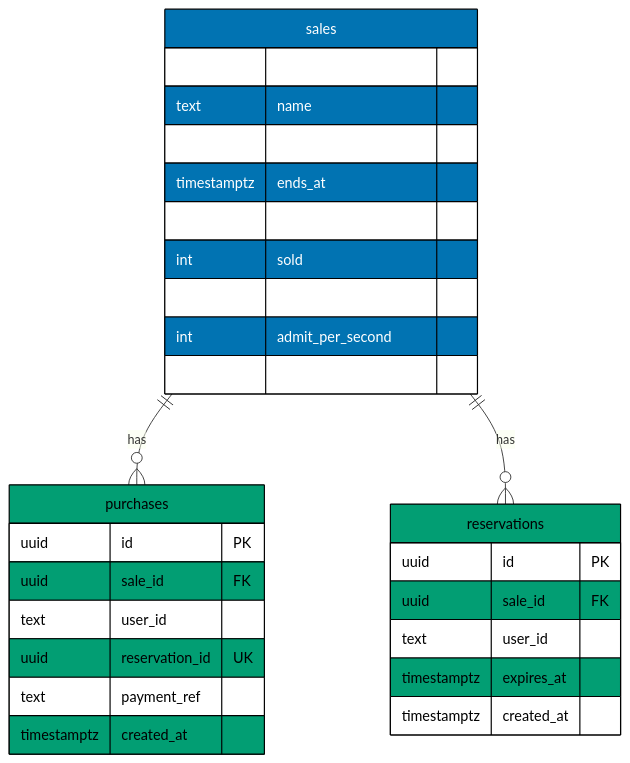
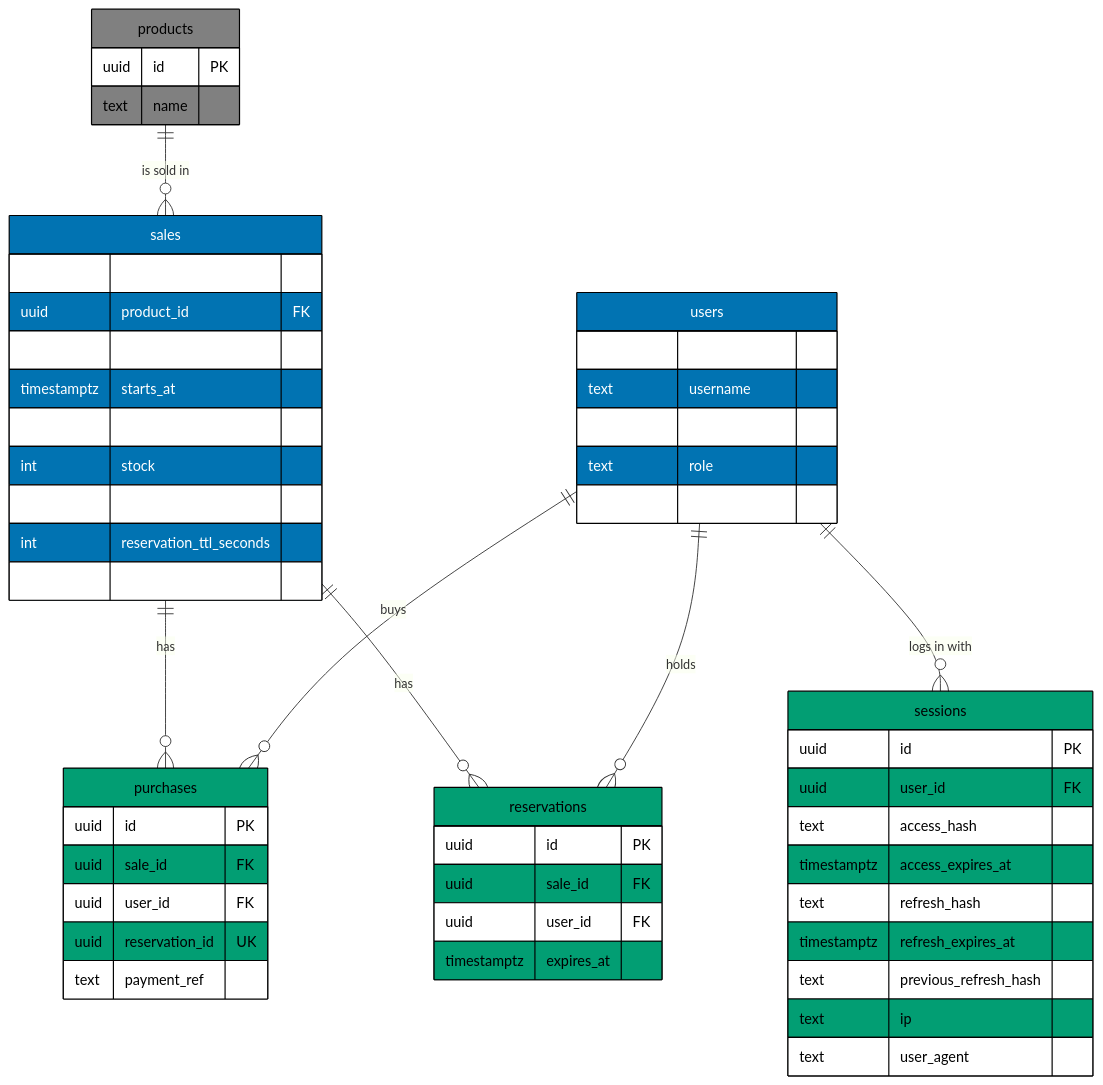
The diagram in specs/apps/flash/c4/data-model.md (wahidyankf/coding-itv-js-flashsale), drawn with Mermaid before and after one commit. The commit also changed other lines of this file and 20 other files, not shown here.

````diff
--- a/specs/apps/flash/c4/data-model.md
+++ b/specs/apps/flash/c4/data-model.md
@@ -7,38 +9,62 @@
 ```mermaid
 erDiagram
   accTitle: Flash sale tables
-  accDescr: A sale has many purchases and many reservations. A purchase is one confirmed item bought by one shopper. A reservation is one hold with an expiry. Both point to their sale and are deleted with it. Within one sale, a shopper has at most one purchase and at most one reservation.
+  accDescr: A product has many sales. A sale has many purchases and many reservations. A purchase is one confirmed item bought by one user. A reservation is one hold with an expiry, held by one user. A user has many sessions, one for each login. Every table also points to users from its created_by, updated_by and deleted_by columns, which the diagram leaves out. Within one sale, a user has at most one live purchase and at most one live reservation.
+  products ||--o{ sales : "is sold in"
   sales ||--o{ purchases : "has"
   sales ||--o{ reservations : "has"
+  users ||--o{ purchases : "buys"
+  users ||--o{ reservations : "holds"
+  users ||--o{ sessions : "logs in with"
+  products {
+    uuid id PK
+    text name
+  }
   sales {
     uuid id PK
+    uuid product_id FK
     text name
     timestamptz starts_at
     timestamptz ends_at
     int stock
     int sold
     int reservation_ttl_seconds
     int admit_per_second
-    timestamptz created_at
   }
   purchases {
     uuid id PK
     uuid sale_id FK
-    text user_id
+    uuid user_id FK
     uuid reservation_id UK
     text payment_ref
-    timestamptz created_at
   }
   reservations {
     uuid id PK
     uuid sale_id FK
-    text user_id
+    uuid user_id FK
     timestamptz expires_at
-    timestamptz created_at
+  }
+  users {
+    uuid id PK
+    text username
+    text password_hash
+    text role
+    timestamptz last_login_at
+  }
+  sessions {
+    uuid id PK
+    uuid user_id FK
+    text access_hash
+    timestamptz access_expires_at
+    text refresh_hash
+    timestamptz refresh_expires_at
+    text previous_refresh_hash
+    text ip
+    text user_agent
   }
   classDef parent fill:#0173B2,stroke:#000000,color:#FFFFFF
   classDef child fill:#029E73,stroke:#000000,color:#000000
   classDef default fill:#808080,stroke:#000000,color:#000000
-  class sales parent
-  class purchases,reservations child
+  class sales,users parent
+  class purchases,reservations,sessions child
 ```
````
